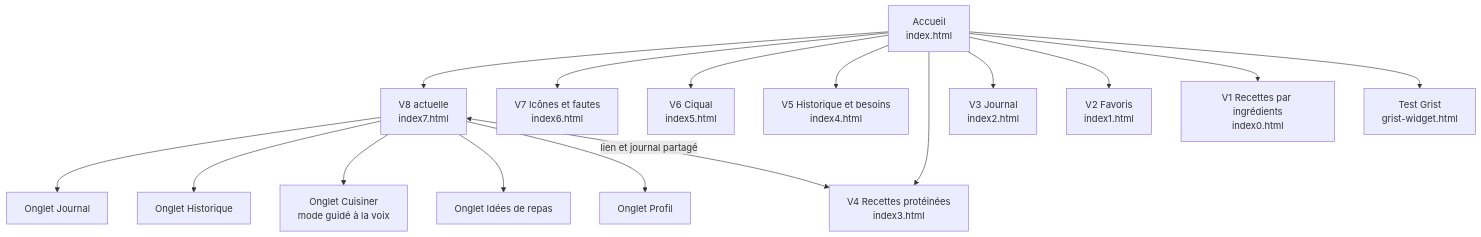
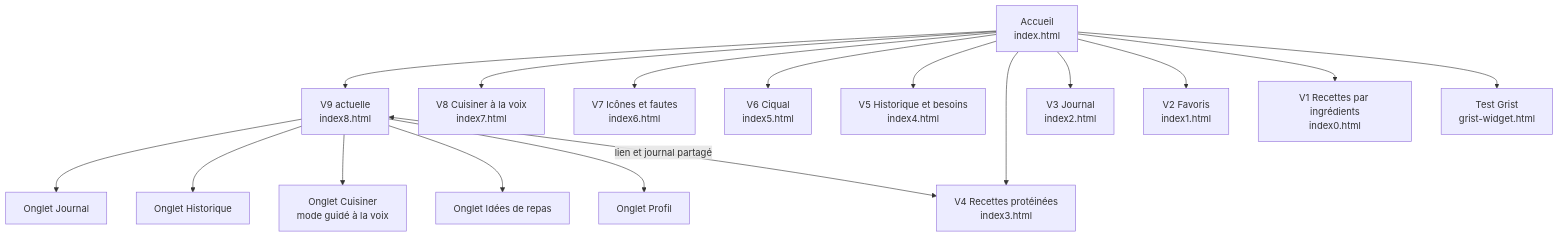
One commit to Sami-Le/generateur-de-recettes changed the first of 2 diagrams in accueil.md. Above: the diagram before and after it, drawn with Mermaid. The commit also changed other lines of this file and 9 other files, not shown here.

````diff
--- a/accueil.md
+++ b/accueil.md
@@ -25,19 +25,20 @@
 ```mermaid
 flowchart TD
-    A["Accueil<br/>index.html"] --> V8["V8 actuelle<br/>index7.html"]
+    A["Accueil<br/>index.html"] --> V9["V9 actuelle<br/>index8.html"]
+    A --> V8["V8 Cuisiner à la voix<br/>index7.html"]
     A --> V7["V7 Icônes et fautes<br/>index6.html"]
     A --> V6["V6 Ciqual<br/>index5.html"]
     A --> V5["V5 Historique et besoins<br/>index4.html"]
     A --> V4["V4 Recettes protéinées<br/>index3.html"]
     A --> V3["V3 Journal<br/>index2.html"]
     A --> V2["V2 Favoris<br/>index1.html"]
     A --> V1["V1 Recettes par ingrédients<br/>index0.html"]
     A --> G["Test Grist<br/>grist-widget.html"]
 
-    V8 --> J["Onglet Journal"]
-    V8 --> H["Onglet Historique"]
-    V8 --> C["Onglet Cuisiner<br/>mode guidé à la voix"]
-    V8 --> I["Onglet Idées de repas"]
-    V8 --> P["Onglet Profil"]
-    V8 <-->|"lien et journal partagé"| V4
+    V9 --> J["Onglet Journal"]
+    V9 --> H["Onglet Historique"]
+    V9 --> C["Onglet Cuisiner<br/>mode guidé à la voix"]
+    V9 --> I["Onglet Idées de repas"]
+    V9 --> P["Onglet Profil"]
+    V9 <-->|"lien et journal partagé"| V4
 ```
````
